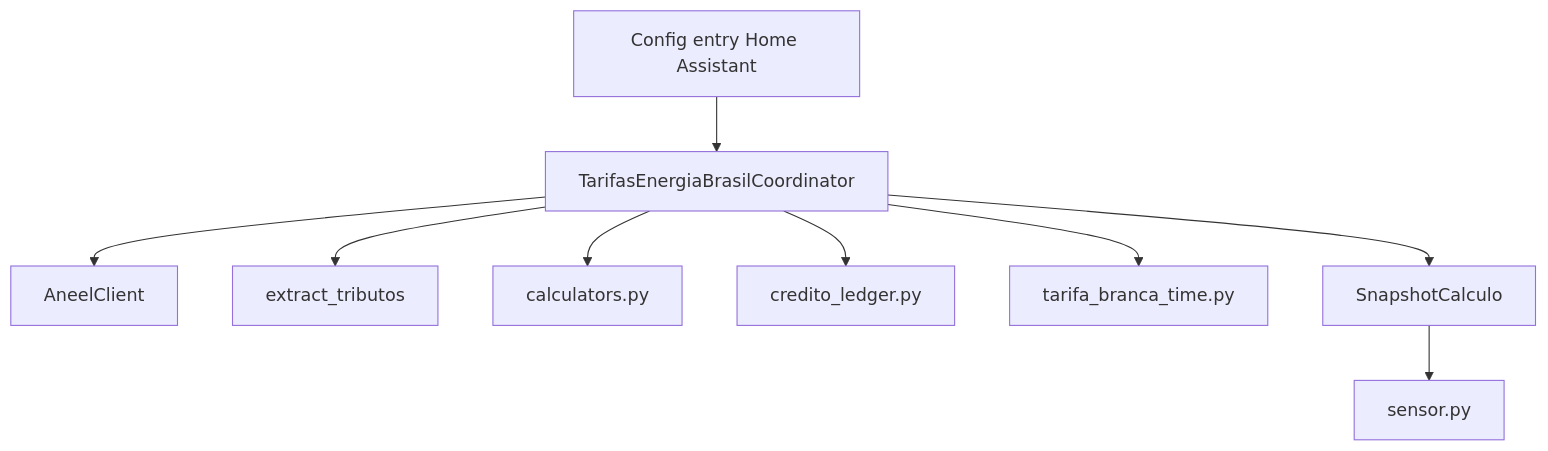
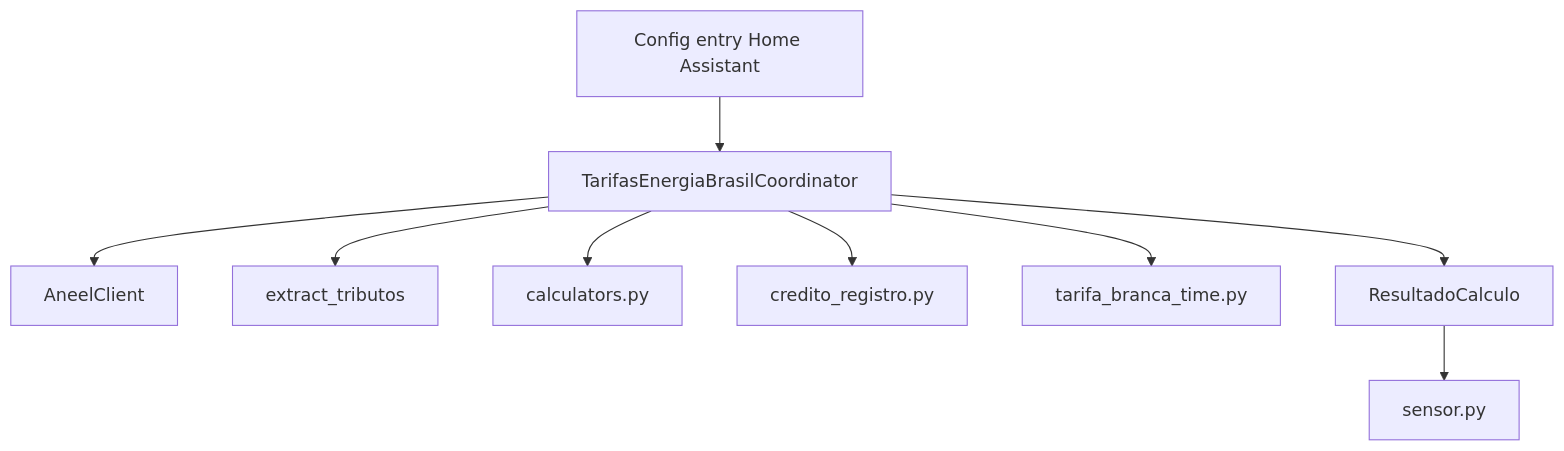
One commit to ceinmart/tarifas-energia-brasil changed the diagram in DOCUMENTACAO_CODIGO_0.1.0.md. Above: the diagram before and after it, drawn with Mermaid. The commit also changed other lines of this file and 38 other files, not shown here.

````diff
--- a/DOCUMENTACAO_CODIGO_0.1.0.md
+++ b/DOCUMENTACAO_CODIGO_0.1.0.md
@@ -18,11 +18,11 @@
 ```mermaid
 flowchart TD
     A["Config entry Home Assistant"] --> B["TarifasEnergiaBrasilCoordinator"]
     B --> C["AneelClient"]
     B --> D["extract_tributos"]
     B --> E["calculators.py"]
-    B --> F["credito_ledger.py"]
+    B --> F["credito_registro.py"]
     B --> G["tarifa_branca_time.py"]
-    B --> H["SnapshotCalculo"]
+    B --> H["ResultadoCalculo"]
     H --> I["sensor.py"]
 ```
````
